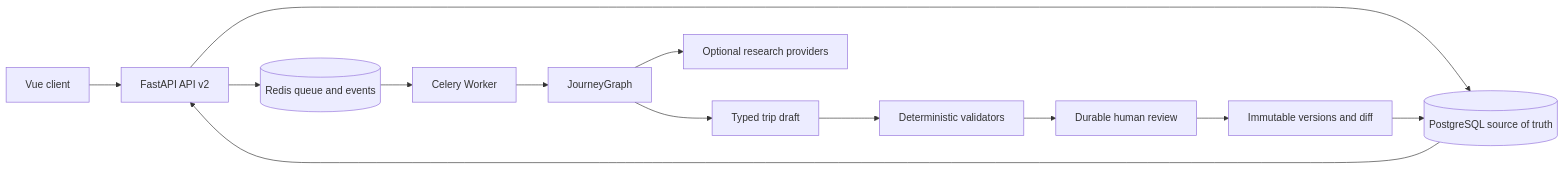
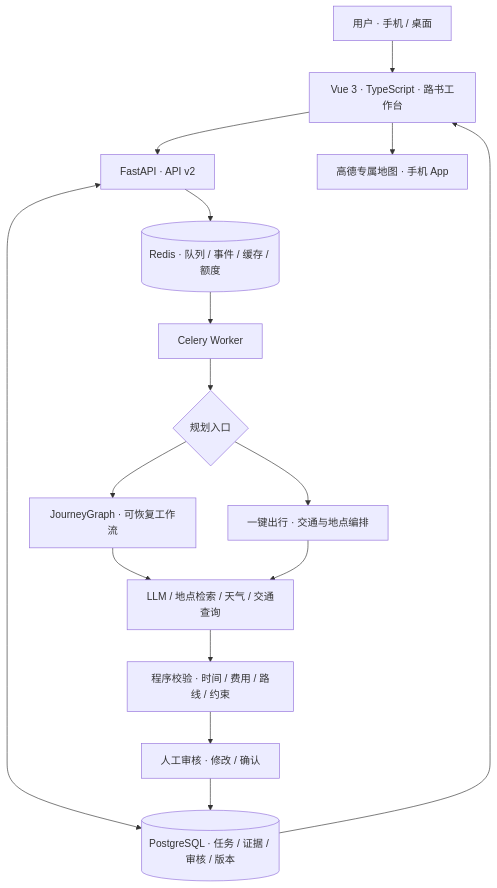
Before and after one commit to Xcaesar1/JourneyGo: the first of 2 diagrams in README.md, drawn with Mermaid. The commit also changed other lines of this file and 79 other files, not shown here.

````diff
--- a/README.md
+++ b/README.md
@@ -78,15 +97,18 @@
 ```mermaid
-flowchart LR
-    User["Vue client"] --> API["FastAPI API v2"]
-    API --> DB[("PostgreSQL source of truth")]
-    API --> Redis[("Redis queue and events")]
-    Redis --> Worker["Celery Worker"]
-    Worker --> Graph["JourneyGraph"]
-    Graph --> Research["Optional research providers"]
-    Graph --> Draft["Typed trip draft"]
-    Draft --> Validate["Deterministic validators"]
-    Validate --> Review["Durable human review"]
-    Review --> Version["Immutable versions and diff"]
-    Version --> DB
-    DB --> API
+flowchart TD
+    U["用户 · 手机 / 桌面"] --> UI["Vue 3 · TypeScript · 路书工作台"]
+    UI --> API["FastAPI · API v2"]
+    API <--> DB[("PostgreSQL · 任务 / 证据 / 审核 / 版本")]
+    API --> R[("Redis · 队列 / 事件 / 缓存 / 额度")]
+    R --> W["Celery Worker"]
+    W --> P{"规划入口"}
+    P --> G["JourneyGraph · 可恢复工作流"]
+    P --> O["一键出行 · 交通与地点编排"]
+    G --> S["LLM / 地点检索 / 天气 / 交通查询"]
+    O --> S
+    S --> V["程序校验 · 时间 / 费用 / 路线 / 约束"]
+    V --> H["人工审核 · 修改 / 确认"]
+    H --> DB
+    DB --> UI
+    UI --> M["高德专属地图 · 手机 App"]
 ```
````
